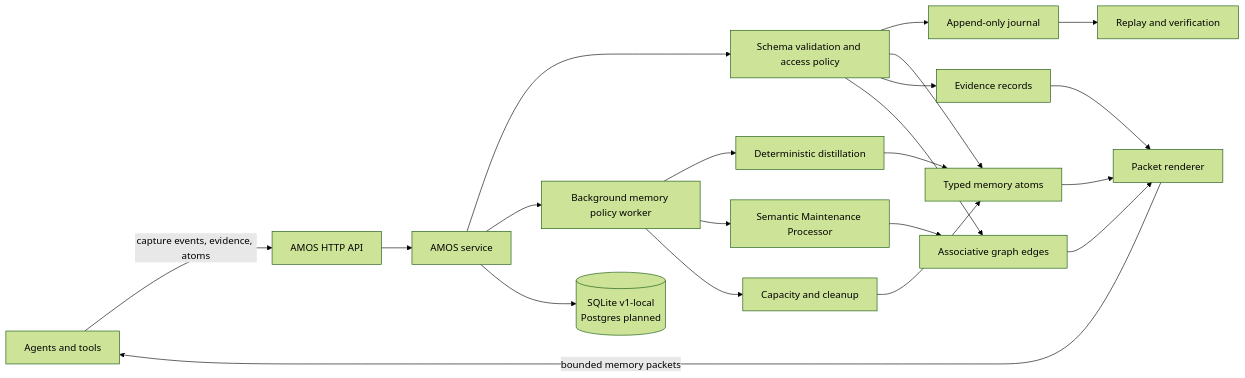
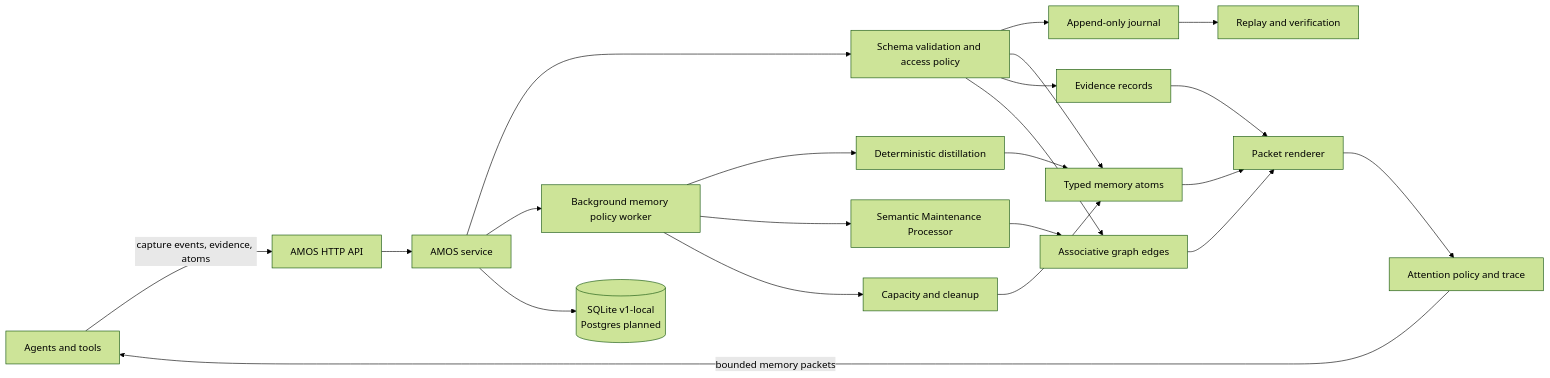
One commit to adegany/amos changed the diagram in README.md. Above: the diagram before and after it, drawn with Mermaid (forest theme). The commit also changed other lines of this file and 5 other files, not shown here.

First line of the commit message:
Add attention-aware memory packet retrieval

````diff
--- a/README.md
+++ b/README.md
@@ -21,23 +21,24 @@
 ```mermaid
 flowchart LR
     A[Agents and tools] -->|capture events, evidence, atoms| H[AMOS HTTP API]
     H --> S[AMOS service]
     S --> V[Schema validation and access policy]
     V --> J[Append-only journal]
     V --> M[Typed memory atoms]
     V --> E[Evidence records]
     V --> G[Associative graph edges]
     J --> R[Replay and verification]
     M --> P[Packet renderer]
     E --> P
     G --> P
     S --> W[Background memory policy worker]
     W --> D[Deterministic distillation]
     W --> SMP[Semantic Maintenance Processor]
     W --> C[Capacity and cleanup]
     D --> M
     SMP --> G
     C --> M
-    P -->|bounded memory packets| A
+    P --> AT[Attention policy and trace]
+    AT -->|bounded memory packets| A
     S --> DB[(SQLite v1-local\nPostgres planned)]
 ```
````
